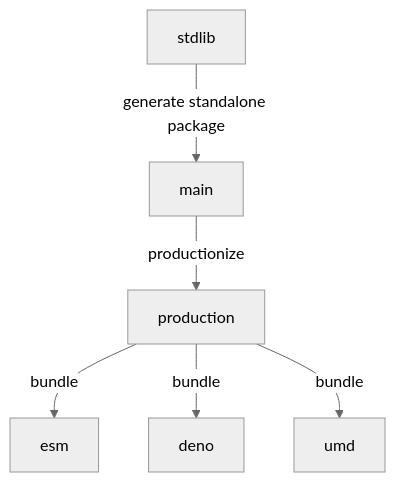
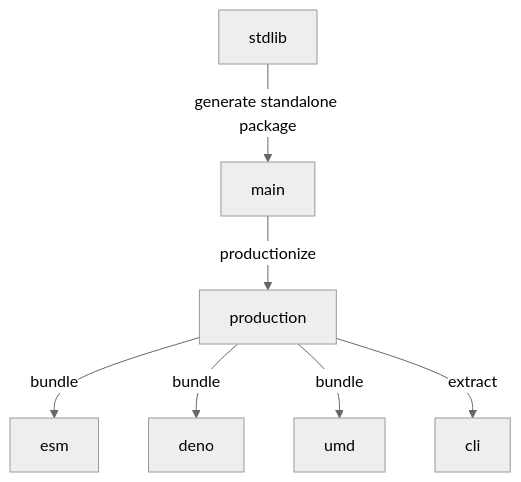
Before and after one commit to stdlib-js/namespace-pkg2standalone: the diagram in branches.md, drawn with Mermaid (neutral theme). The commit also changed other lines of this file and 6 other files, not shown here.

````diff
--- a/branches.md
+++ b/branches.md
@@ -33,15 +34,17 @@
 ```mermaid
 graph TD;
 A[stdlib]-->|generate standalone package|B;
 B[main] -->|productionize| C[production];
 C -->|bundle| D[esm];
 C -->|bundle| E[deno];
 C -->|bundle| F[umd];
+C -->|extract| G[cli];
 
-click A href "https://github.com/stdlib-js/stdlib/tree/develop/lib/node_modules/%40stdlib/namespace/pkg2standalone"
-click B href "https://github.com/stdlib-js/namespace-pkg2standalone/tree/main"
-click C href "https://github.com/stdlib-js/namespace-pkg2standalone/tree/production"
-click D href "https://github.com/stdlib-js/namespace-pkg2standalone/tree/esm"
-click E href "https://github.com/stdlib-js/namespace-pkg2standalone/tree/deno"
-click F href "https://github.com/stdlib-js/namespace-pkg2standalone/tree/umd"
+%% click A href "https://github.com/stdlib-js/stdlib/tree/develop/lib/node_modules/%40stdlib/namespace/pkg2standalone"
+%% click B href "https://github.com/stdlib-js/namespace-pkg2standalone/tree/main"
+%% click C href "https://github.com/stdlib-js/namespace-pkg2standalone/tree/production"
+%% click D href "https://github.com/stdlib-js/namespace-pkg2standalone/tree/esm"
+%% click E href "https://github.com/stdlib-js/namespace-pkg2standalone/tree/deno"
+%% click F href "https://github.com/stdlib-js/namespace-pkg2standalone/tree/umd"
+%% click G href "https://github.com/stdlib-js/namespace-pkg2standalone/tree/cli"
 ```
````
